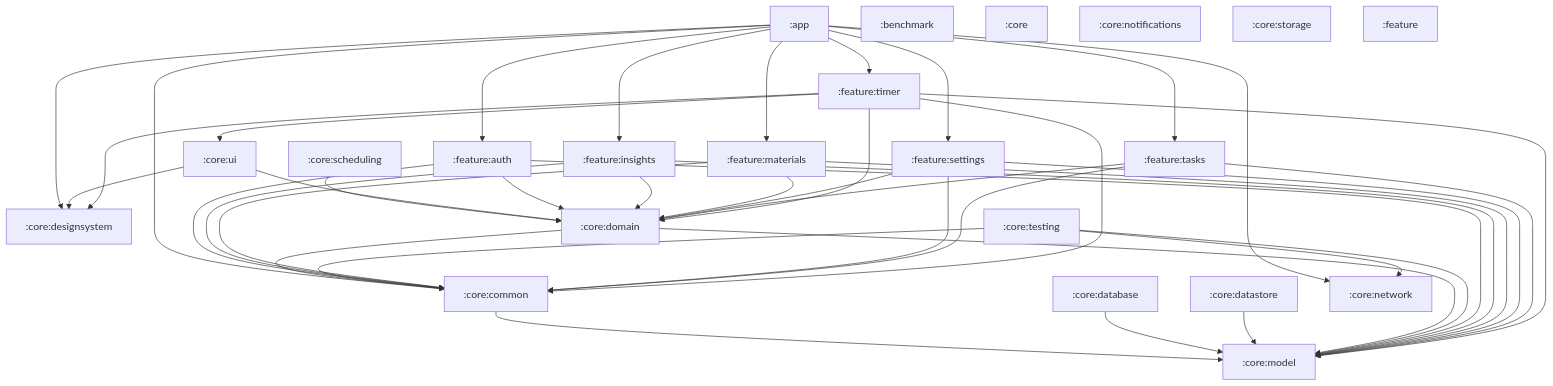
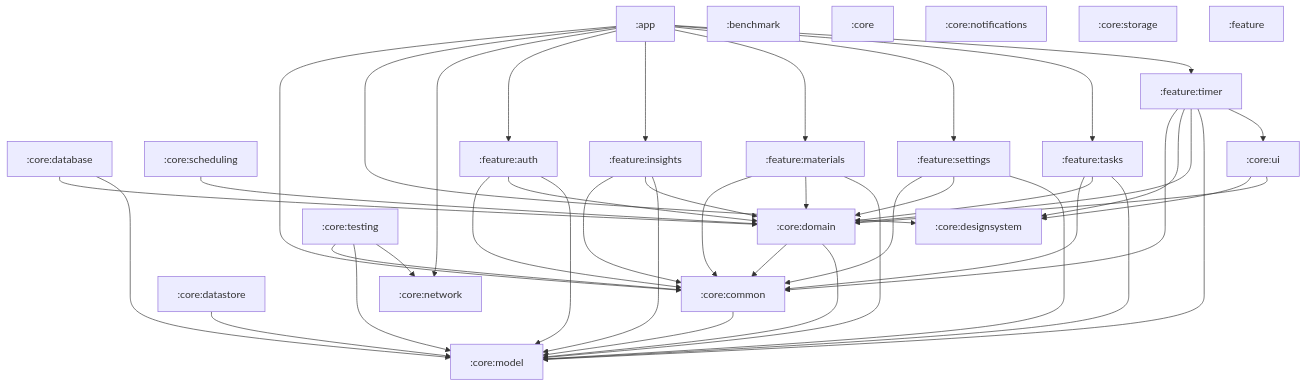
Before and after one commit to konarsubhojit/study-app: the diagram in docs/module-graph.md, drawn with Mermaid. The commit also changed other lines of this file and 21 other files, not shown here.

````diff
--- a/docs/module-graph.md
+++ b/docs/module-graph.md
@@ -8,65 +8,66 @@
 ```mermaid
 graph TD
     app[":app"]
     benchmark[":benchmark"]
     core[":core"]
     core_common[":core:common"]
     core_database[":core:database"]
     core_datastore[":core:datastore"]
     core_designsystem[":core:designsystem"]
     core_domain[":core:domain"]
     core_model[":core:model"]
     core_network[":core:network"]
     core_notifications[":core:notifications"]
     core_scheduling[":core:scheduling"]
     core_storage[":core:storage"]
     core_testing[":core:testing"]
     core_ui[":core:ui"]
     feature[":feature"]
     feature_auth[":feature:auth"]
     feature_insights[":feature:insights"]
     feature_materials[":feature:materials"]
     feature_settings[":feature:settings"]
     feature_tasks[":feature:tasks"]
     feature_timer[":feature:timer"]
     app --> core_common
     app --> core_designsystem
     app --> core_network
     app --> feature_auth
     app --> feature_insights
     app --> feature_materials
     app --> feature_settings
     app --> feature_tasks
     app --> feature_timer
     core_common --> core_model
+    core_database --> core_domain
     core_database --> core_model
     core_datastore --> core_model
     core_domain --> core_common
     core_domain --> core_model
     core_scheduling --> core_domain
     core_testing --> core_common
     core_testing --> core_model
     core_testing --> core_network
     core_ui --> core_designsystem
     core_ui --> core_domain
     feature_auth --> core_common
     feature_auth --> core_domain
     feature_auth --> core_model
     feature_insights --> core_common
     feature_insights --> core_domain
     feature_insights --> core_model
     feature_materials --> core_common
     feature_materials --> core_domain
     feature_materials --> core_model
     feature_settings --> core_common
     feature_settings --> core_domain
     feature_settings --> core_model
     feature_tasks --> core_common
     feature_tasks --> core_domain
     feature_tasks --> core_model
     feature_timer --> core_common
     feature_timer --> core_designsystem
     feature_timer --> core_domain
     feature_timer --> core_model
     feature_timer --> core_ui
 ```
````
